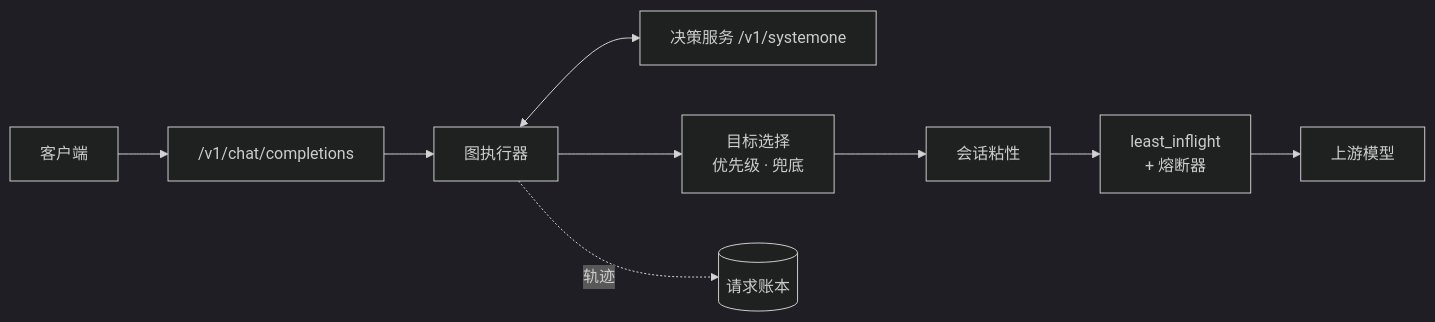
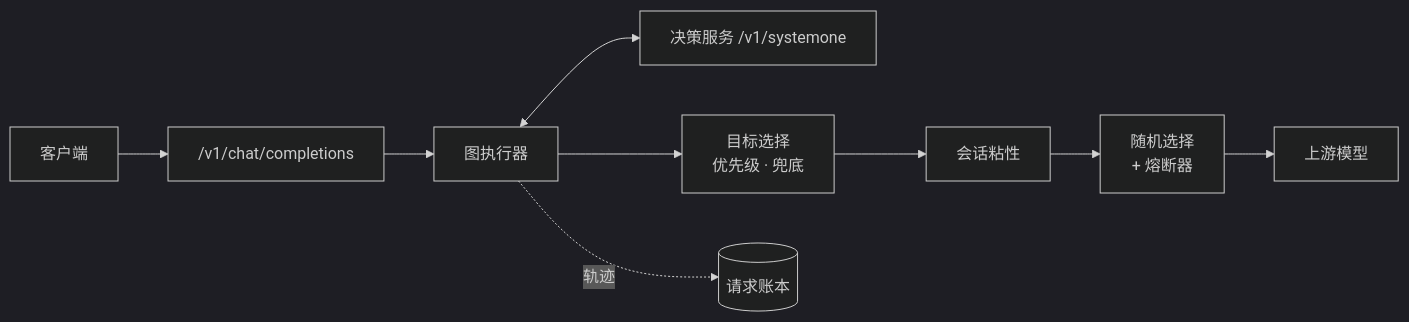
One commit to Wayfinder-one/RoutePilot changed the diagram in README.zh-CN.md. Above: the diagram before and after it, drawn with Mermaid (dark theme). The commit also changed other lines of this file and 27 other files, not shown here.

First line of the commit message:
feat(routing): random multi-model selection; document API and graph spec

````diff
--- a/README.zh-CN.md
+++ b/README.zh-CN.md
@@ -27,11 +27,11 @@
 ```mermaid
 flowchart LR
   C[客户端] --> V["/v1/chat/completions"]
   V --> G[图执行器]
   G <--> J["决策服务 /v1/systemone"]
   G --> T["目标选择<br/>优先级 · 兜底"]
   T --> A[会话粘性]
-  A --> L["least_inflight<br/>+ 熔断器"]
+  A --> L["随机选择<br/>+ 熔断器"]
   L --> U[上游模型]
   G -. 轨迹 .-> R[(请求账本)]
 ```
````
